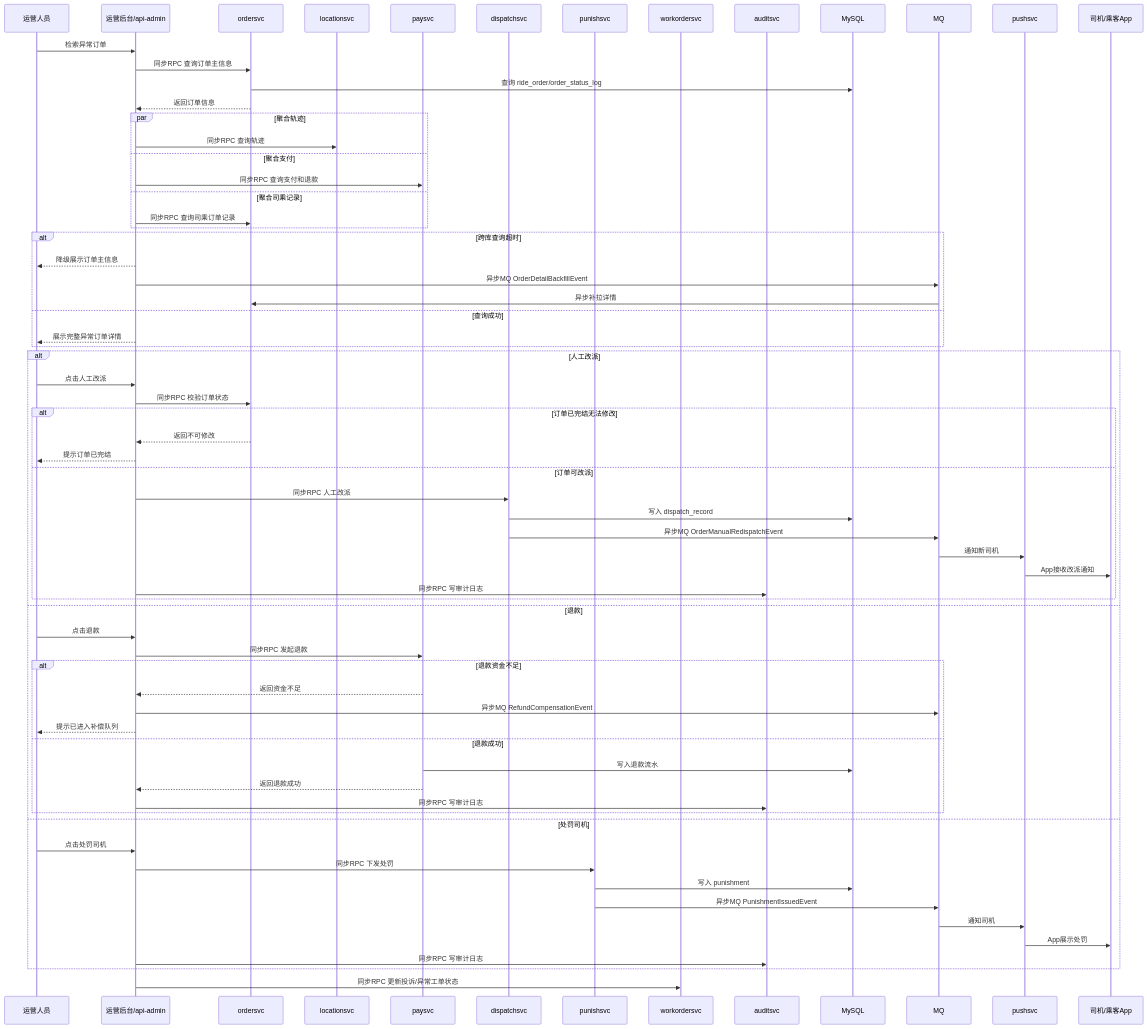
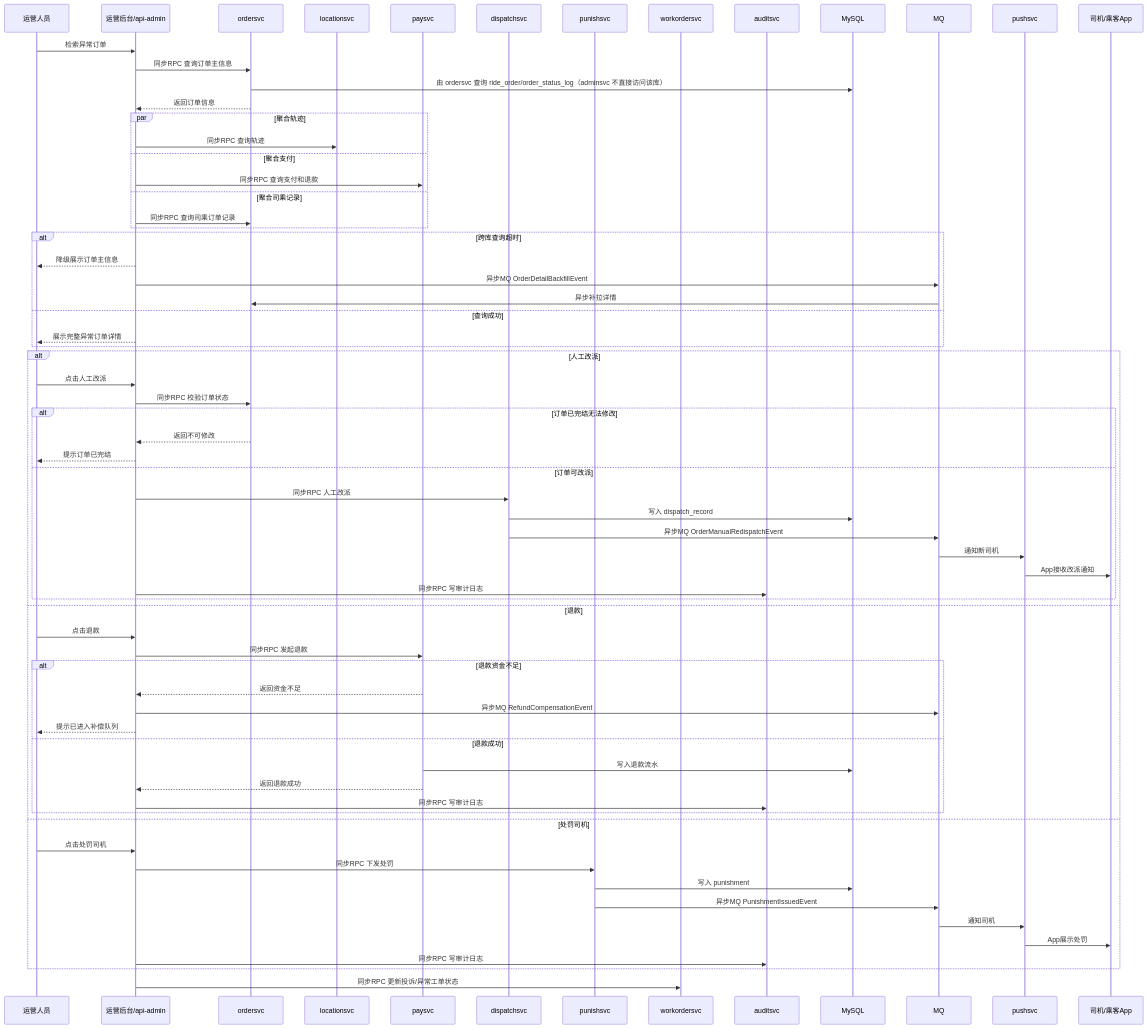
Before and after one commit to chenjianyu070921-lang/XiaoLong-Ridy: the tenth of 10 diagrams in docs/admin/运营管理后台完整设计输出.md, drawn with Mermaid. The commit also changed 19 other files, not shown here.

````diff
--- a/docs/admin/运营管理后台完整设计输出.md
+++ b/docs/admin/运营管理后台完整设计输出.md
@@ -389,75 +389,75 @@
 ```mermaid
 sequenceDiagram
   participant Ops as 运营人员
   participant Admin as 运营后台/api-admin
   participant OrderRPC as ordersvc
   participant LocationRPC as locationsvc
   participant PayRPC as paysvc
   participant DispatchRPC as dispatchsvc
   participant PunishRPC as punishsvc
   participant WorkOrderRPC as workordersvc
   participant AuditRPC as auditsvc
   participant DB as MySQL
   participant MQ as MQ
   participant Push as pushsvc
   participant App as 司机/乘客App
 
   Ops->>Admin: 检索异常订单
   Admin->>OrderRPC: 同步RPC 查询订单主信息
-  OrderRPC->>DB: 查询 ride_order/order_status_log
+  OrderRPC->>DB: 由 ordersvc 查询 ride_order/order_status_log（adminsvc 不直接访问该库）
   OrderRPC-->>Admin: 返回订单信息
 
   par 聚合轨迹
     Admin->>LocationRPC: 同步RPC 查询轨迹
   and 聚合支付
     Admin->>PayRPC: 同步RPC 查询支付和退款
   and 聚合司乘记录
     Admin->>OrderRPC: 同步RPC 查询司乘订单记录
   end
 
   alt 跨库查询超时
     Admin-->>Ops: 降级展示订单主信息
     Admin->>MQ: 异步MQ OrderDetailBackfillEvent
     MQ->>OrderRPC: 异步补拉详情
   else 查询成功
     Admin-->>Ops: 展示完整异常订单详情
   end
 
   alt 人工改派
     Ops->>Admin: 点击人工改派
     Admin->>OrderRPC: 同步RPC 校验订单状态
     alt 订单已完结无法修改
       OrderRPC-->>Admin: 返回不可修改
       Admin-->>Ops: 提示订单已完结
     else 订单可改派
       Admin->>DispatchRPC: 同步RPC 人工改派
       DispatchRPC->>DB: 写入 dispatch_record
       DispatchRPC->>MQ: 异步MQ OrderManualRedispatchEvent
       MQ->>Push: 通知新司机
       Push->>App: App接收改派通知
       Admin->>AuditRPC: 同步RPC 写审计日志
     end
   else 退款
     Ops->>Admin: 点击退款
     Admin->>PayRPC: 同步RPC 发起退款
     alt 退款资金不足
       PayRPC-->>Admin: 返回资金不足
       Admin->>MQ: 异步MQ RefundCompensationEvent
       Admin-->>Ops: 提示已进入补偿队列
     else 退款成功
       PayRPC->>DB: 写入退款流水
       PayRPC-->>Admin: 返回退款成功
       Admin->>AuditRPC: 同步RPC 写审计日志
     end
   else 处罚司机
     Ops->>Admin: 点击处罚司机
     Admin->>PunishRPC: 同步RPC 下发处罚
     PunishRPC->>DB: 写入 punishment
     PunishRPC->>MQ: 异步MQ PunishmentIssuedEvent
     MQ->>Push: 通知司机
     Push->>App: App展示处罚
     Admin->>AuditRPC: 同步RPC 写审计日志
   end
 
   Admin->>WorkOrderRPC: 同步RPC 更新投诉/异常工单状态
 ```
````
